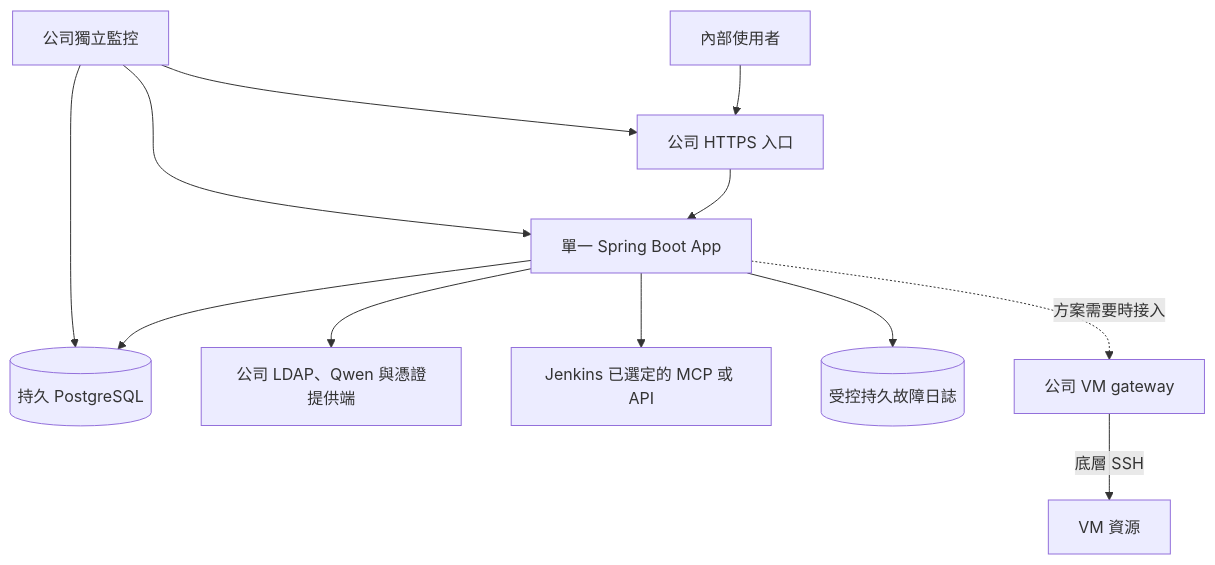
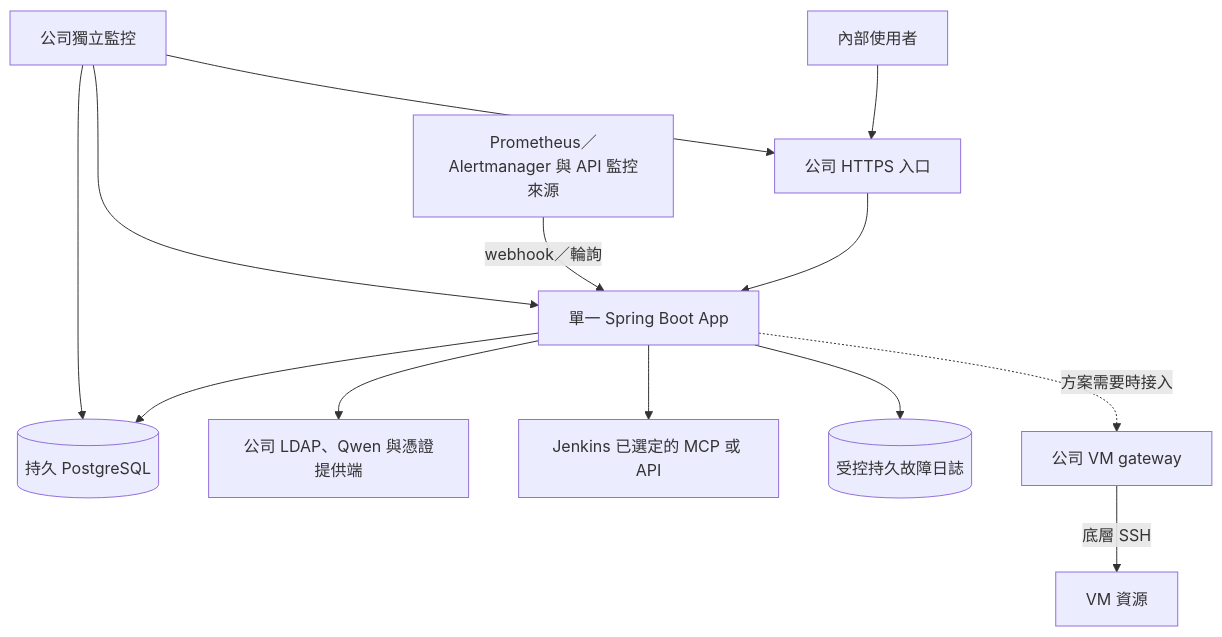
One commit to lancehuang58/ai-devops-platform changed the second of 5 diagrams in doc/specifications/DevOps_智慧維運應用系統設計規格書_草案.md. Above: the diagram before and after it, drawn with Mermaid. The commit also changed other lines of this file, not shown here.

````diff
--- a/doc/specifications/DevOps_智慧維運應用系統設計規格書_草案.md
+++ b/doc/specifications/DevOps_智慧維運應用系統設計規格書_草案.md
@@ -254,14 +246,15 @@
 ```mermaid
 flowchart TD
     U["內部使用者"] --> I["公司 HTTPS 入口"]
     I --> APP["單一 Spring Boot App"]
     APP --> DB[("持久 PostgreSQL")]
     APP --> ORG["公司 LDAP、Qwen 與憑證提供端"]
     APP --> J["Jenkins 已選定的 MCP 或 API"]
     APP --> L[("受控持久故障日誌")]
     APP -.->|方案需要時接入| GW["公司 VM gateway"]
     GW -->|底層 SSH| VM["VM 資源"]
+    PROM["Prometheus／Alertmanager 與 API 監控來源"] -->|webhook／輪詢| APP
     MON["公司獨立監控"] --> I
     MON --> APP
     MON --> DB
 ```
````
